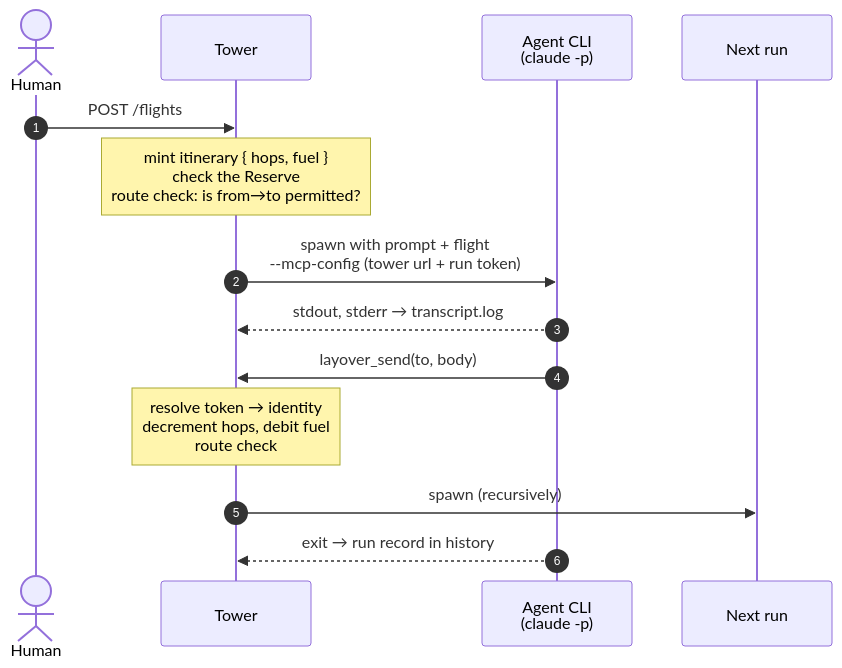
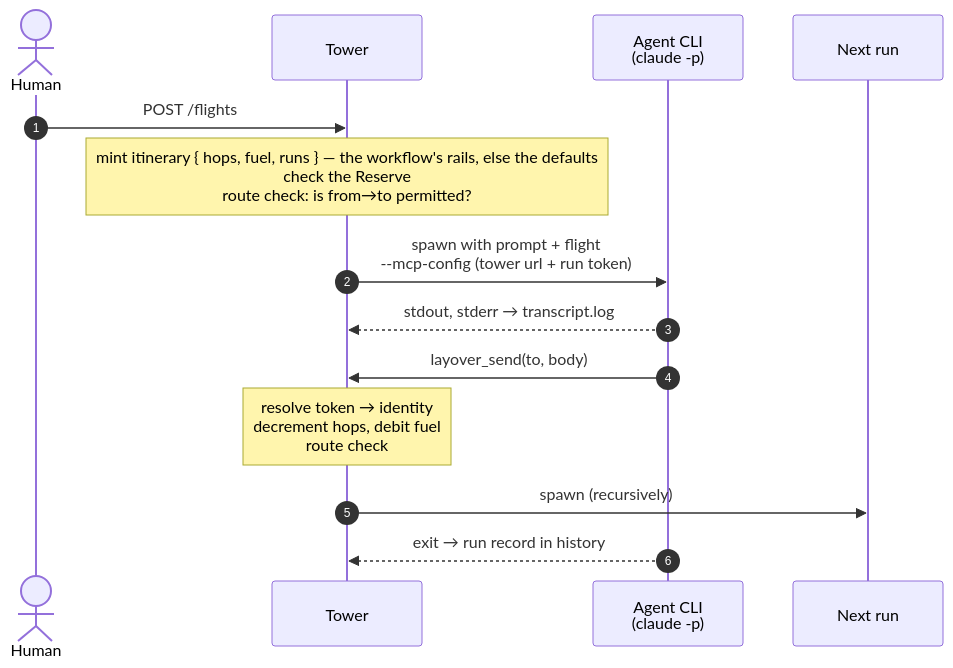
Before and after one commit to KotkaZ/layover-project: the diagram in docs/architecture.md, drawn with Mermaid. The commit also changed other lines of this file and 25 other files, not shown here.

````diff
--- a/docs/architecture.md
+++ b/docs/architecture.md
@@ -110,17 +110,17 @@
 ```mermaid
 sequenceDiagram
     autonumber
     actor Human
     participant Tower
     participant CLI as Agent CLI<br/>(claude -p)
     participant Next as Next run
 
     Human->>Tower: POST /flights
-    Note over Tower: mint itinerary { hops, fuel }<br/>check the Reserve<br/>route check: is from→to permitted?
+    Note over Tower: mint itinerary { hops, fuel, runs } — the workflow's rails, else the defaults<br/>check the Reserve<br/>route check: is from→to permitted?
     Tower->>CLI: spawn with prompt + flight<br/>--mcp-config (tower url + run token)
     CLI-->>Tower: stdout, stderr → transcript.log
     CLI->>Tower: layover_send(to, body)
     Note over Tower: resolve token → identity<br/>decrement hops, debit fuel<br/>route check
     Tower->>Next: spawn (recursively)
     CLI-->>Tower: exit → run record in history
 ```
````
